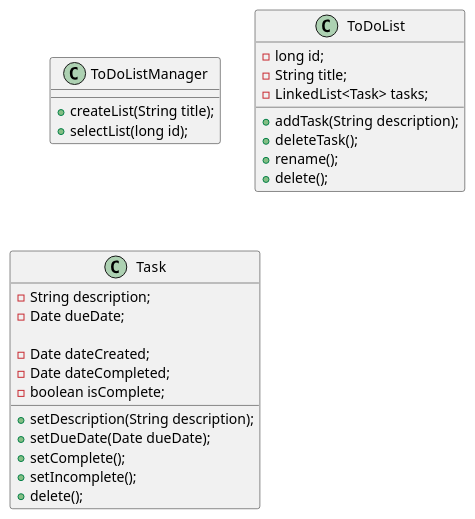
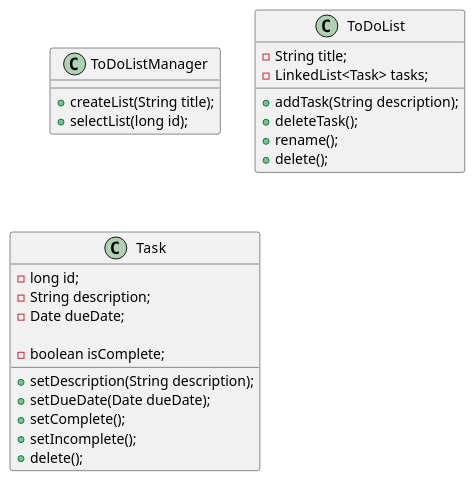
The diagram in docs/ToDoList.puml (RyanTheGuyInSpace/hodge-app1-impl), drawn with PlantUML before and after one commit. The commit also changed 6 other files, not shown here.

```diff
--- a/docs/ToDoList.puml
+++ b/docs/ToDoList.puml
@@ -1,35 +1,33 @@
 @startuml
 
 class ToDoListManager {
     +createList(String title);
     +selectList(long id);
 }
 
 class ToDoList {
-    -long id;
     -String title;
     -LinkedList<Task> tasks;
 
     +addTask(String description);
     +deleteTask();
     +rename();
     +delete();
 }
 
 class Task {
+    -long id;
     -String description;
     -Date dueDate;
     'Format due date as YYYY-MM-DD'
 
-    -Date dateCreated;
-    -Date dateCompleted;
     -boolean isComplete;
 
     +setDescription(String description);
     +setDueDate(Date dueDate);
     +setComplete();
     +setIncomplete();
     +delete();
 }
 
 @enduml
```
